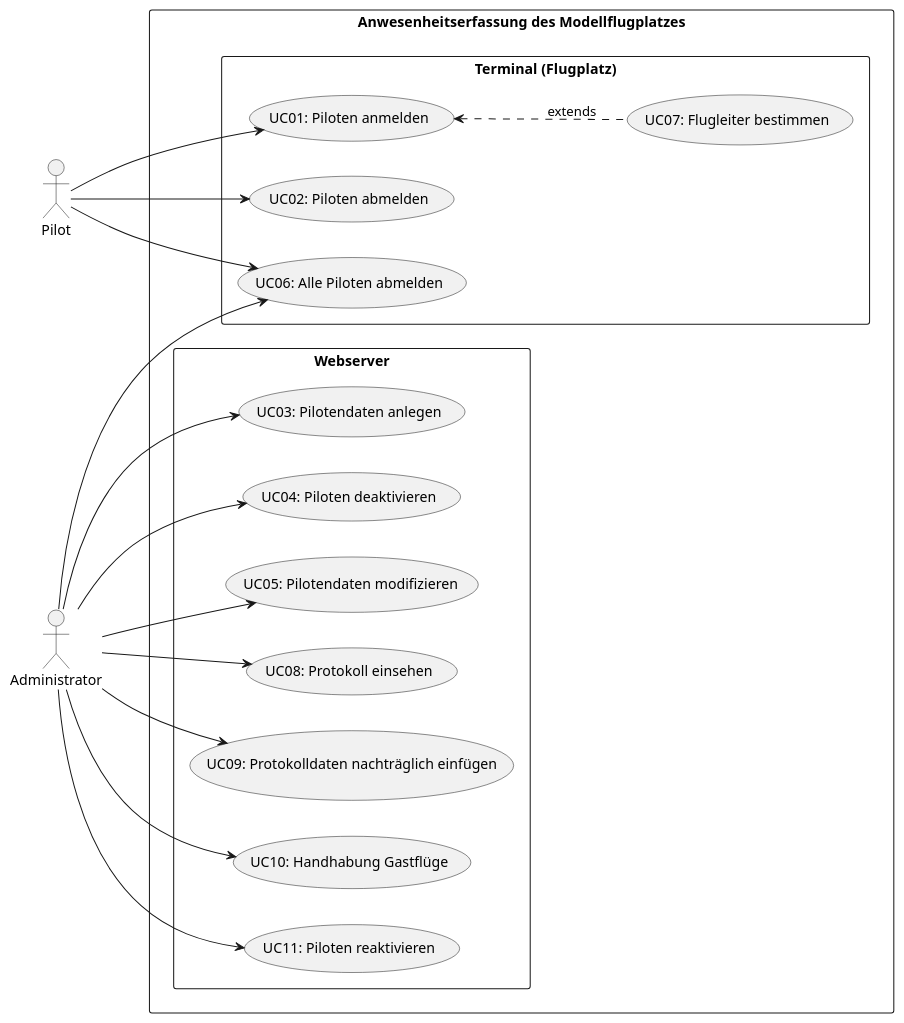
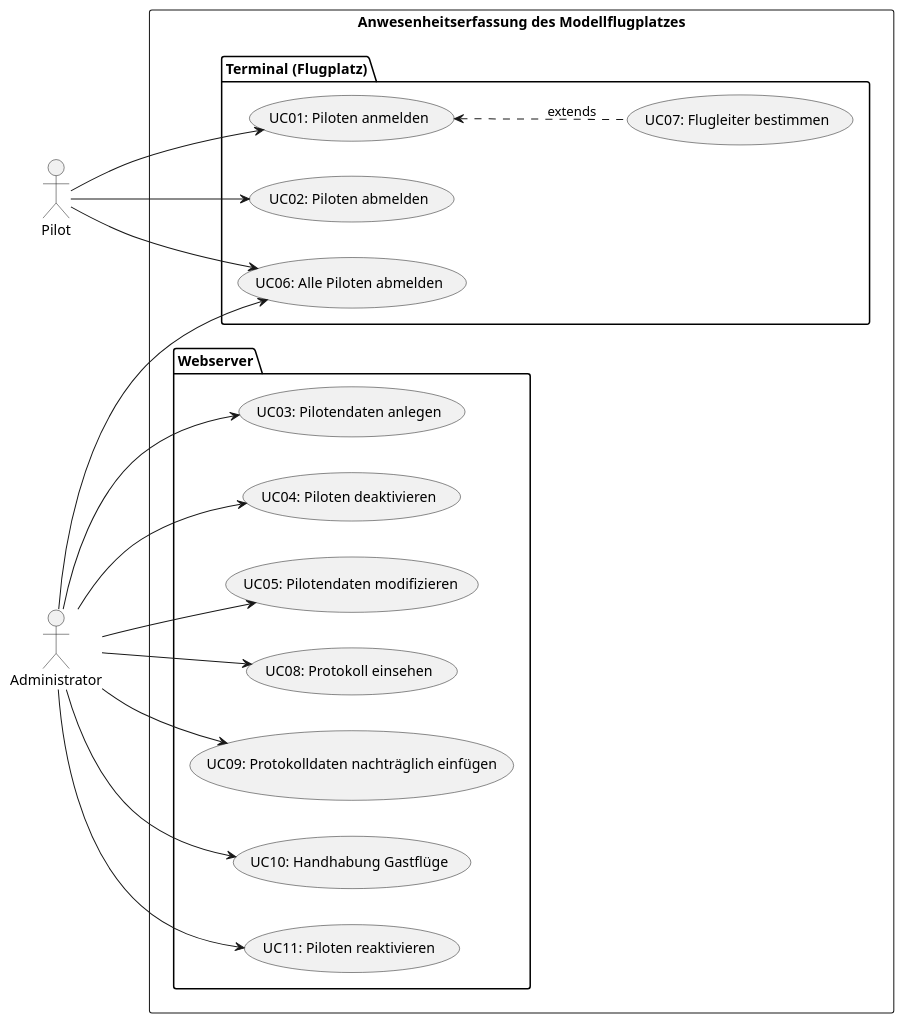
The diagram in docs/requirements/images/Use-Case-Diagramm/use_case_diagram.puml (Lernni/E2-Anwesenheitserfassung-fuer-Modellflugplatz), drawn with PlantUML before and after one commit. The commit also changed 9 other files, not shown here.

```diff
--- a/docs/requirements/images/Use-Case-Diagramm/use_case_diagram.puml
+++ b/docs/requirements/images/Use-Case-Diagramm/use_case_diagram.puml
@@ -1,59 +1,59 @@
 @startuml use_case_diagram
 
 left to right direction
 
 actor Pilot
 
 actor Administrator
 
 rectangle "Anwesenheitserfassung des Modellflugplatzes" {
   
-  rectangle "Terminal (Flugplatz)"{
+  package "Terminal (Flugplatz)"{
 
   (UC01: Piloten anmelden)
   (UC02: Piloten abmelden)
   (UC06: Alle Piloten abmelden)
   (UC07: Flugleiter bestimmen)
 
   }
   
-  rectangle "Webserver"{
+  package "Webserver"{
 
   (UC03: Pilotendaten anlegen)
   (UC04: Piloten deaktivieren)
   (UC05: Pilotendaten modifizieren)
   (UC08: Protokoll einsehen)
   (UC09: Protokolldaten nachträglich einfügen)
   (UC10: Handhabung Gastflüge)
   (UC11: Piloten reaktivieren)
   
   }
 }
 
 
 Pilot --> (UC01: Piloten anmelden)
 (UC01: Piloten anmelden) <.down. (UC07: Flugleiter bestimmen) : extends
 
 Pilot --> (UC02: Piloten abmelden)
 
 Pilot --> (UC06: Alle Piloten abmelden)
 
 
 Administrator --> (UC03: Pilotendaten anlegen) 
 
 Administrator --> (UC04: Piloten deaktivieren) 
 
 Administrator --> (UC05: Pilotendaten modifizieren) 
 
 Administrator --> (UC08: Protokoll einsehen) 
 
 Administrator --> (UC09: Protokolldaten nachträglich einfügen) 
 
 Administrator -->  (UC10: Handhabung Gastflüge)
 
 Administrator --> (UC06: Alle Piloten abmelden)
 
 Administrator --> (UC11: Piloten reaktivieren)
 
 
 @enduml
```
